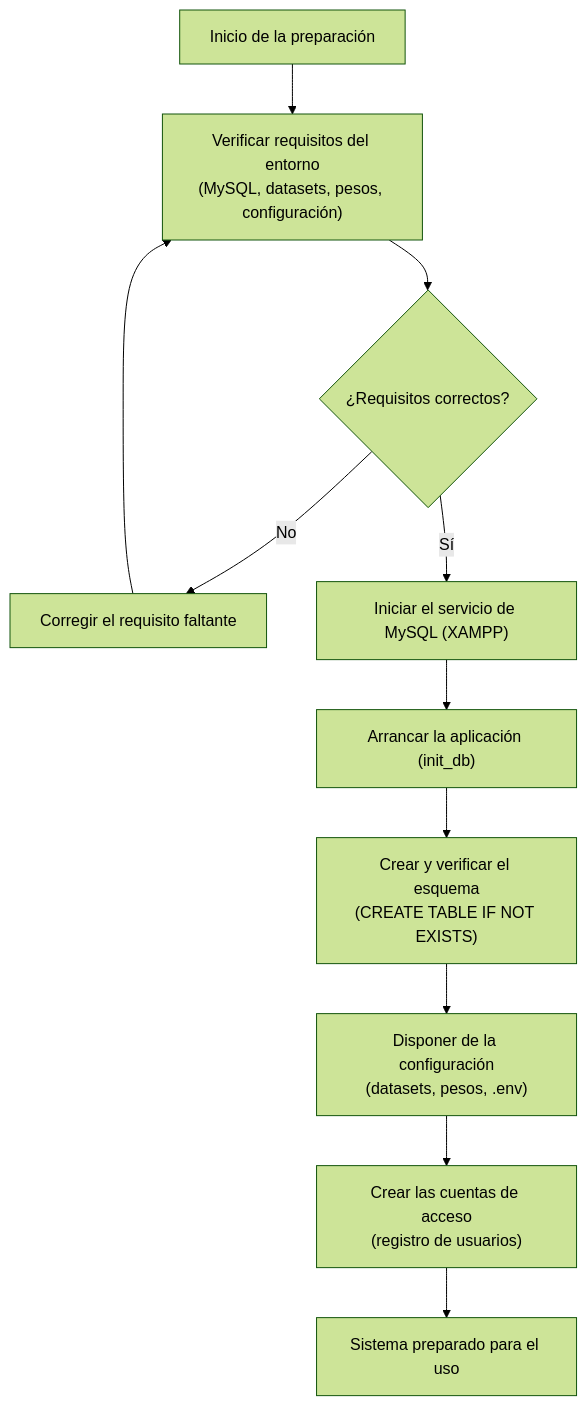
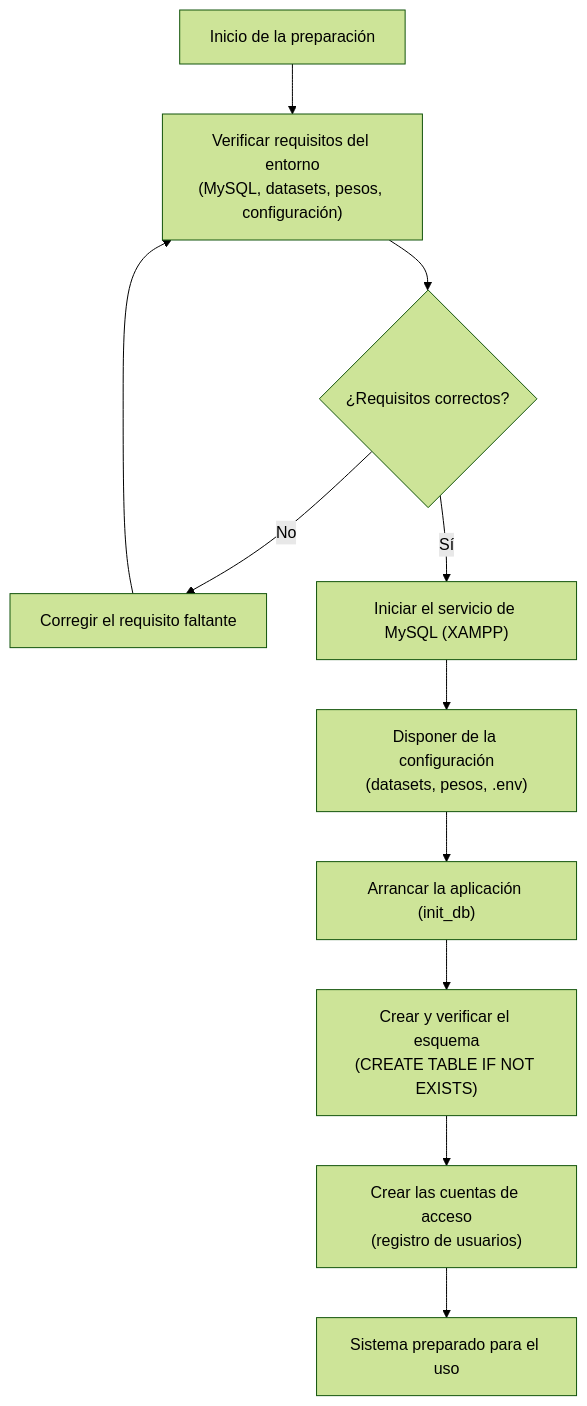
One commit to eLeCe2611/vitalXAI changed the second of 2 diagrams in Documentacion/Capitulo24_Preparacion_Inicial_de_los_Datos_del_Sistema.md. Above: the diagram before and after it, drawn with Mermaid (forest theme). The commit also changed other lines of this file and 42 other files, not shown here.

````diff
--- a/Documentacion/Capitulo24_Preparacion_Inicial_de_los_Datos_del_Sistema.md
+++ b/Documentacion/Capitulo24_Preparacion_Inicial_de_los_Datos_del_Sistema.md
@@ -55,13 +55,13 @@
 ```mermaid
 flowchart TD
     INICIO["Inicio de la preparación"] --> REQ["Verificar requisitos del entorno<br/>(MySQL, datasets, pesos, configuración)"]
     REQ --> DEC{"¿Requisitos correctos?"}
     DEC -->|"No"| ERR["Corregir el requisito faltante"]
     ERR --> REQ
     DEC -->|"Sí"| MYSQL["Iniciar el servicio de MySQL (XAMPP)"]
-    MYSQL --> ARR["Arrancar la aplicación (init_db)"]
+    MYSQL --> CONF["Disponer de la configuración<br/>(datasets, pesos, .env)"]
+    CONF --> ARR["Arrancar la aplicación (init_db)"]
     ARR --> ESQ["Crear y verificar el esquema<br/>(CREATE TABLE IF NOT EXISTS)"]
-    ESQ --> CONF["Disponer de la configuración<br/>(datasets, pesos, .env)"]
-    CONF --> REG["Crear las cuentas de acceso<br/>(registro de usuarios)"]
+    ESQ --> REG["Crear las cuentas de acceso<br/>(registro de usuarios)"]
     REG --> FIN["Sistema preparado para el uso"]
 ```
````
